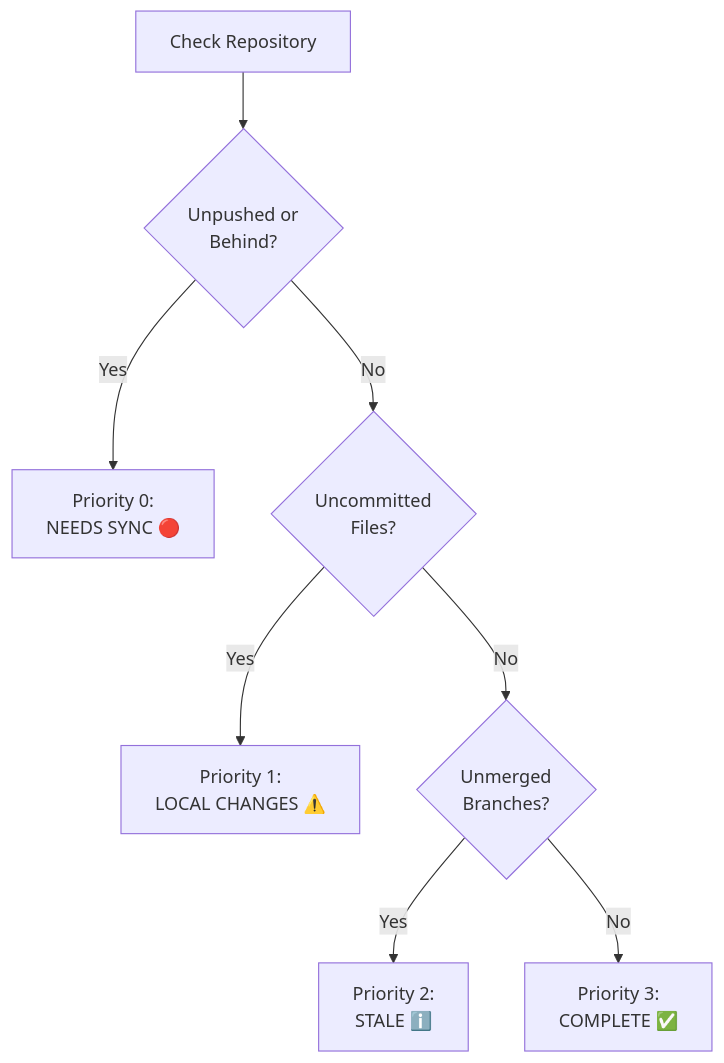
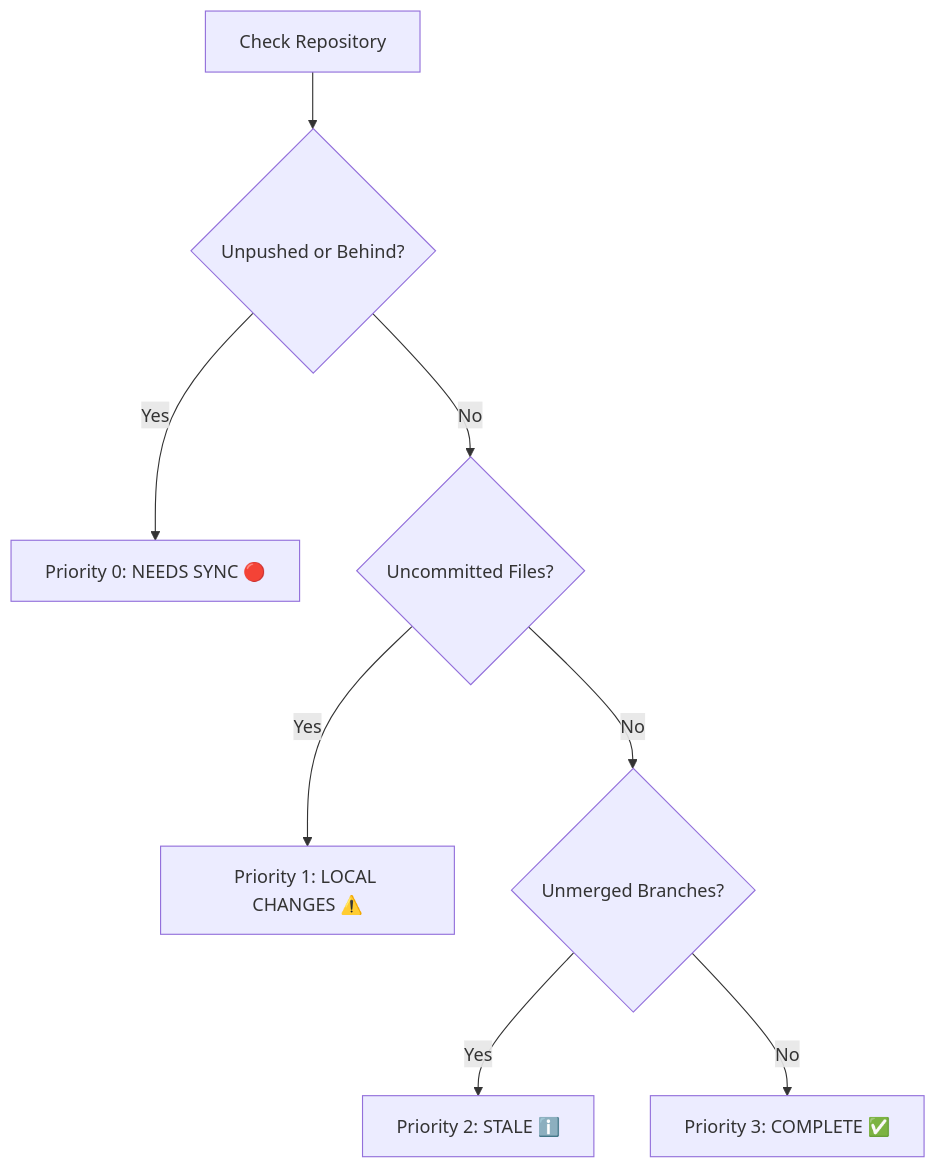
Before and after one commit to softwarewrighter/overall: the fifth of 12 diagrams in wiki/Data-Flow.md, drawn with Mermaid. The commit also changed other lines of this file and 4 other files, not shown here.

First line of the commit message:
Fix wiki Mermaid diagrams: remove <br/> tags

````diff
--- a/wiki/Data-Flow.md
+++ b/wiki/Data-Flow.md
@@ -257,10 +257,10 @@
 ```mermaid
 graph TD
-    Start[Check Repository] --> Unpushed{Unpushed or<br/>Behind?}
-    Unpushed -->|Yes| NeedsSync[Priority 0:<br/>NEEDS SYNC 🔴]
-    Unpushed -->|No| Uncommitted{Uncommitted<br/>Files?}
-    Uncommitted -->|Yes| LocalChanges[Priority 1:<br/>LOCAL CHANGES ⚠️]
-    Uncommitted -->|No| Unmerged{Unmerged<br/>Branches?}
-    Unmerged -->|Yes| Stale[Priority 2:<br/>STALE ℹ️]
-    Unmerged -->|No| Complete[Priority 3:<br/>COMPLETE ✅]
+    Start[Check Repository] --> Unpushed{Unpushed or Behind?}
+    Unpushed -->|Yes| NeedsSync[Priority 0: NEEDS SYNC 🔴]
+    Unpushed -->|No| Uncommitted{Uncommitted Files?}
+    Uncommitted -->|Yes| LocalChanges[Priority 1: LOCAL CHANGES ⚠️]
+    Uncommitted -->|No| Unmerged{Unmerged Branches?}
+    Unmerged -->|Yes| Stale[Priority 2: STALE ℹ️]
+    Unmerged -->|No| Complete[Priority 3: COMPLETE ✅]
 ```
````
